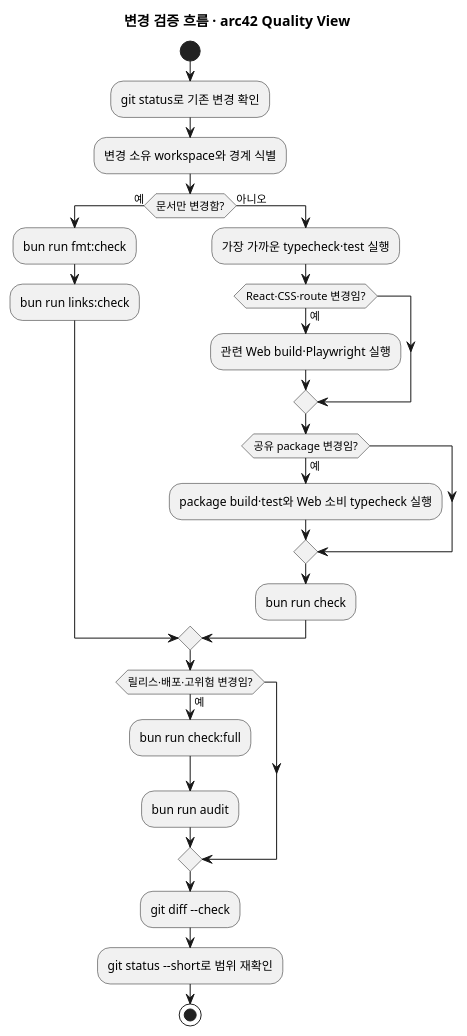
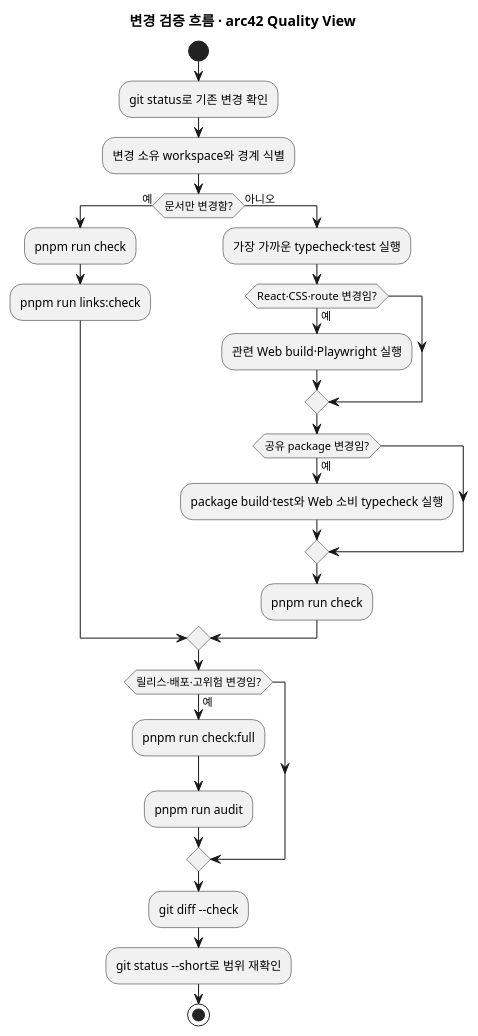
Before and after one commit to jongminchung/jongminchung: the diagram in docs/diagrams/onboarding-change-flow.puml, drawn with PlantUML. The commit also changed 42 other files, not shown here.

```diff
--- a/docs/diagrams/onboarding-change-flow.puml
+++ b/docs/diagrams/onboarding-change-flow.puml
@@ -1,30 +1,30 @@
 @startuml
 title 변경 검증 흐름 · arc42 Quality View
 
 start
 :git status로 기존 변경 확인;
 :변경 소유 workspace와 경계 식별;
 
 if (문서만 변경함?) then (예)
-  :bun run fmt:check;
-  :bun run links:check;
+  :pnpm run check;
+  :pnpm run links:check;
 else (아니오)
   :가장 가까운 typecheck·test 실행;
   if (React·CSS·route 변경임?) then (예)
     :관련 Web build·Playwright 실행;
   endif
   if (공유 package 변경임?) then (예)
     :package build·test와 Web 소비 typecheck 실행;
   endif
-  :bun run check;
+  :pnpm run check;
 endif
 
 if (릴리스·배포·고위험 변경임?) then (예)
-  :bun run check:full;
-  :bun run audit;
+  :pnpm run check:full;
+  :pnpm run audit;
 endif
 
 :git diff --check;
 :git status --short로 범위 재확인;
 stop
 @enduml
```
